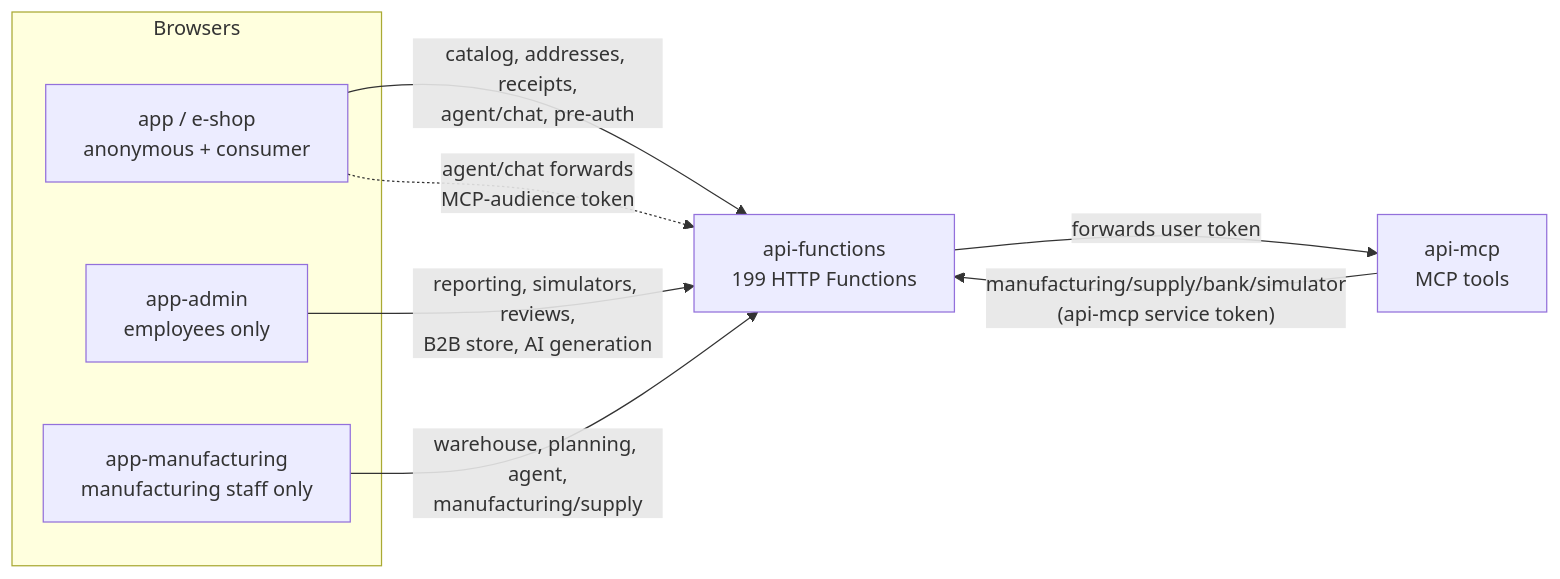
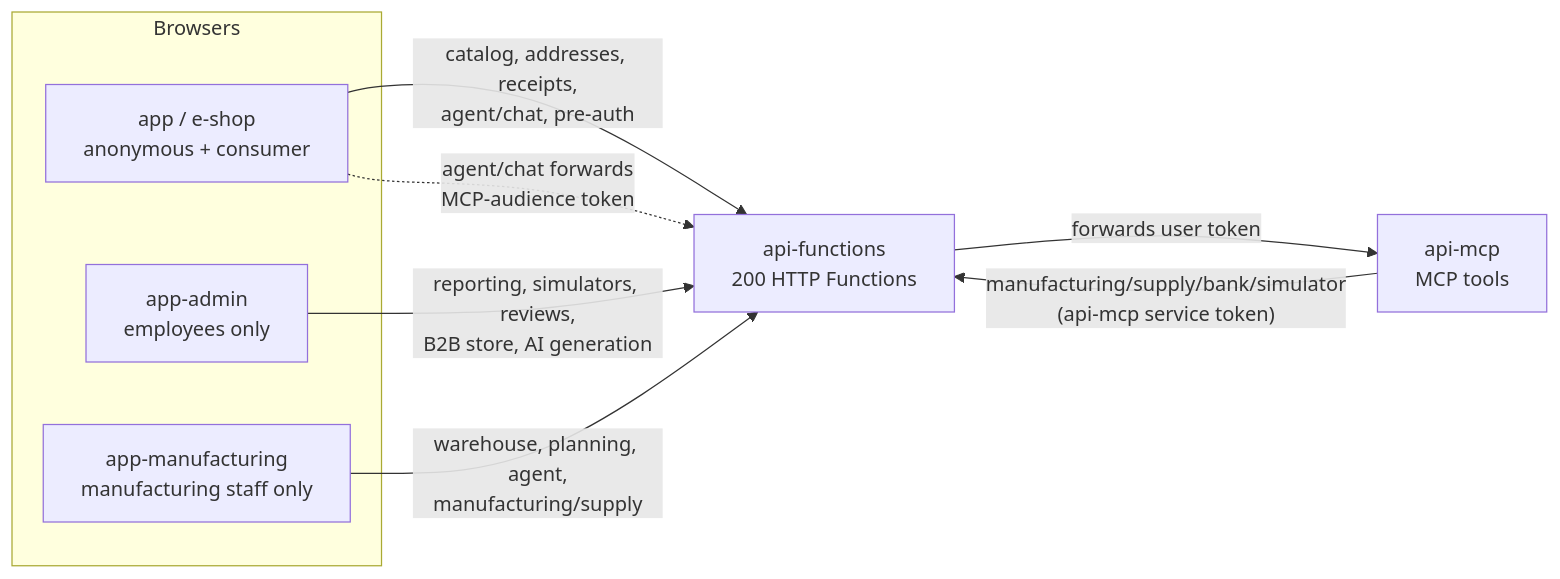
One commit to ahems/AdventureWorks changed the first of 2 diagrams in docs/features/functions-oauth/README.md. Above: the diagram before and after it, drawn with Mermaid. The commit also changed other lines of this file and 170 other files, not shown here.

````diff
--- a/docs/features/functions-oauth/README.md
+++ b/docs/features/functions-oauth/README.md
@@ -133,17 +137,17 @@
 ```mermaid
 flowchart LR
   subgraph Browsers
     ESHOP[app / e-shop<br/>anonymous + consumer]
     ADMIN[app-admin<br/>employees only]
     MFG[app-manufacturing<br/>manufacturing staff only]
   end
   MCP[api-mcp<br/>MCP tools]
-  FUNC[api-functions<br/>199 HTTP Functions]
+  FUNC[api-functions<br/>200 HTTP Functions]
 
   ESHOP -->|catalog, addresses, receipts,<br/>agent/chat, pre-auth| FUNC
   ADMIN -->|reporting, simulators, reviews,<br/>B2B store, AI generation| FUNC
   MFG -->|warehouse, planning, agent,<br/>manufacturing/supply| FUNC
   ESHOP -.->|agent/chat forwards<br/>MCP-audience token| FUNC
   FUNC -->|forwards user token| MCP
   MCP -->|"manufacturing/supply/bank/simulator<br/>(api-mcp service token)"| FUNC
 ```
````
